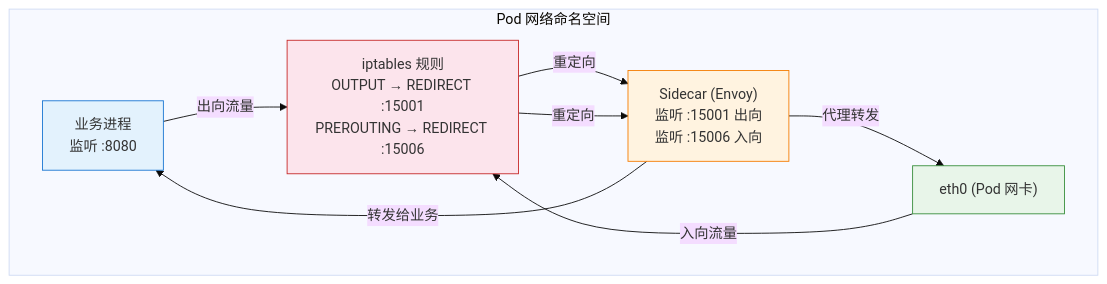
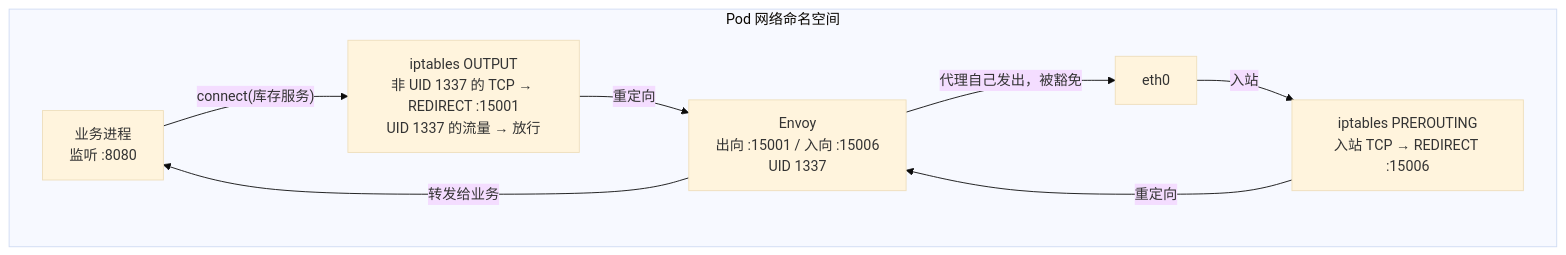
Before and after one commit to caozhiyi/network-book: the second of 5 diagrams in docs/31.微服务的流量治理服务网格与eBPF.md, drawn with Mermaid (base theme). The commit also changed other lines of this file and 14 other files, not shown here.

````diff
--- a/docs/31.微服务的流量治理服务网格与eBPF.md
+++ b/docs/31.微服务的流量治理服务网格与eBPF.md
@@ -91,21 +66,17 @@
 ```mermaid
 graph TB
     subgraph pod["Pod 网络命名空间"]
-        BIZ["业务进程<br/>监听 :8080"]
-        SIDECAR["Sidecar (Envoy)<br/>监听 :15001 出向<br/>监听 :15006 入向"]
-        IPT["iptables 规则<br/>OUTPUT → REDIRECT :15001<br/>PREROUTING → REDIRECT :15006"]
-        ETH["eth0 (Pod 网卡)"]
+        APP["业务进程<br/>监听 :8080"]
+        IPT_OUT["iptables OUTPUT<br/>非 UID 1337 的 TCP → REDIRECT :15001<br/>UID 1337 的流量 → 放行"]
+        ENVOY["Envoy<br/>出向 :15001 / 入向 :15006<br/>UID 1337"]
+        IPT_IN["iptables PREROUTING<br/>入站 TCP → REDIRECT :15006"]
+        ETH["eth0"]
     end
 
-    BIZ -->|"出向流量"| IPT
-    IPT -->|"重定向"| SIDECAR
-    SIDECAR -->|"代理转发"| ETH
-    ETH -->|"入向流量"| IPT
-    IPT -->|"重定向"| SIDECAR
-    SIDECAR -->|"转发给业务"| BIZ
-
-    style BIZ fill:#e3f2fd,stroke:#1976d2
-    style SIDECAR fill:#fff3e0,stroke:#f57c00
-    style IPT fill:#fce4ec,stroke:#c62828
-    style ETH fill:#e8f5e9,stroke:#388e3c
+    APP -->|"connect(库存服务)"| IPT_OUT
+    IPT_OUT -->|"重定向"| ENVOY
+    ENVOY -->|"代理自己发出，被豁免"| ETH
+    ETH -->|"入站"| IPT_IN
+    IPT_IN -->|"重定向"| ENVOY
+    ENVOY -->|"转发给业务"| APP
 ```
````
